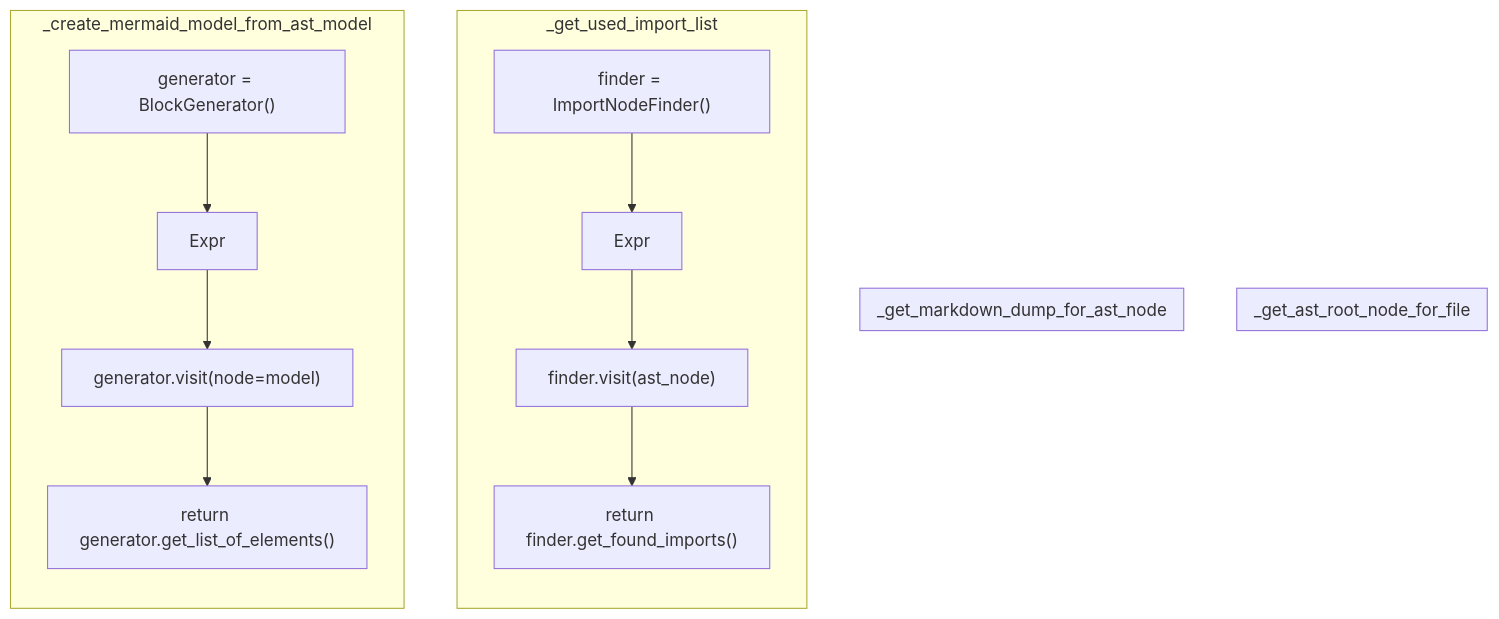
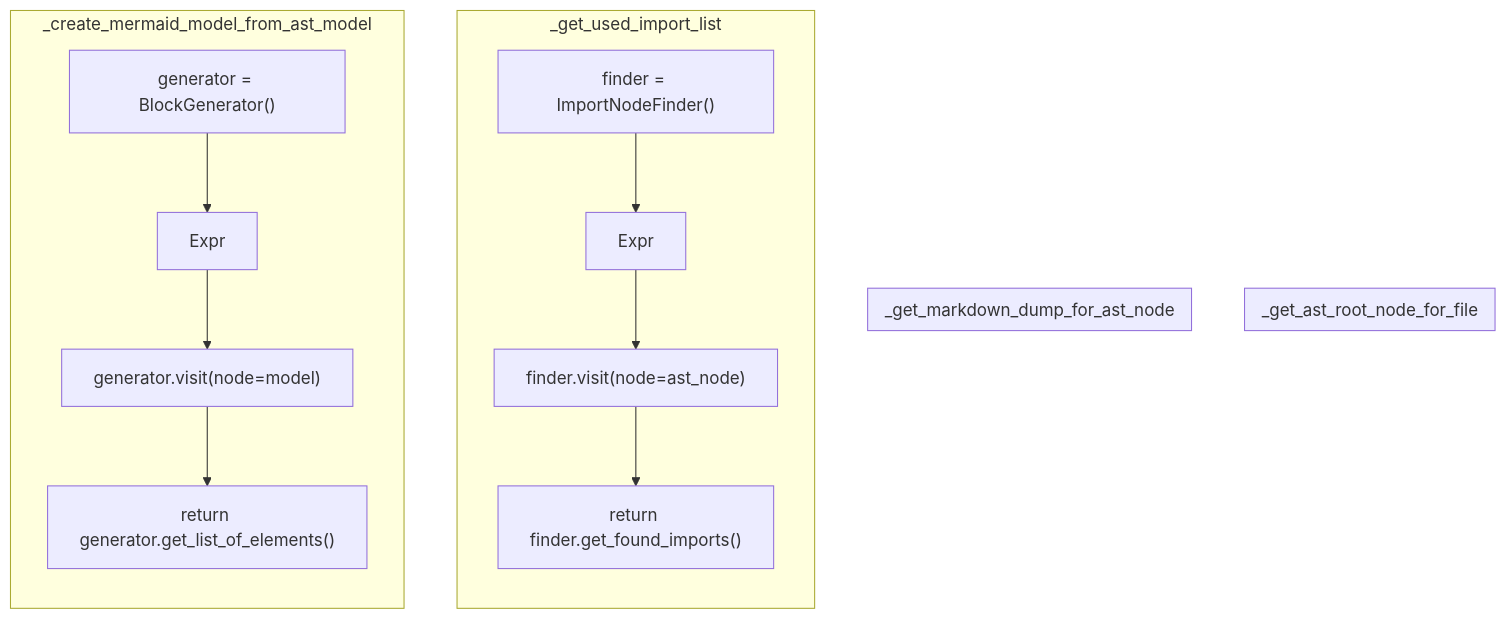
The diagram in docs/pyremaid/ast_tools/ast_tools.py.md (MichaelReel/pyremaid), drawn with Mermaid before and after one commit. The commit also changed other lines of this file and 11 other files, not shown here.

````diff
--- a/docs/pyremaid/ast_tools/ast_tools.py.md
+++ b/docs/pyremaid/ast_tools/ast_tools.py.md
@@ -14,31 +14,31 @@
 ```mermaid
 flowchart TB
-  _f50_n162["finder = ImportNodeFinder()"]
-  _f50_n163["Expr"]
-  _f50_n164["finder.visit(ast_node)"]
-  _f50_n165["return finder.get_found_imports()"]
-  _f51_n166["generator = BlockGenerator()"]
+  _f51_n166["finder = ImportNodeFinder()"]
   _f51_n167["Expr"]
-  _f51_n168["generator.visit(node=model)"]
-  _f51_n169["return generator.get_list_of_elements()"]
+  _f51_n168["finder.visit(node=ast_node)"]
+  _f51_n169["return finder.get_found_imports()"]
+  _f52_n170["generator = BlockGenerator()"]
+  _f52_n171["Expr"]
+  _f52_n172["generator.visit(node=model)"]
+  _f52_n173["return generator.get_list_of_elements()"]
 
   subgraph _get_ast_root_node_for_file
     direction TB
   end
   subgraph _get_markdown_dump_for_ast_node
     direction TB
   end
   subgraph _get_used_import_list
     direction TB
-    _f50_n162 --> _f50_n163
-    _f50_n163 --> _f50_n164
-    _f50_n164 --> _f50_n165
-  end
-  subgraph _create_mermaid_model_from_ast_model
-    direction TB
     _f51_n166 --> _f51_n167
     _f51_n167 --> _f51_n168
     _f51_n168 --> _f51_n169
   end
+  subgraph _create_mermaid_model_from_ast_model
+    direction TB
+    _f52_n170 --> _f52_n171
+    _f52_n171 --> _f52_n172
+    _f52_n172 --> _f52_n173
+  end
 
 ```
````
